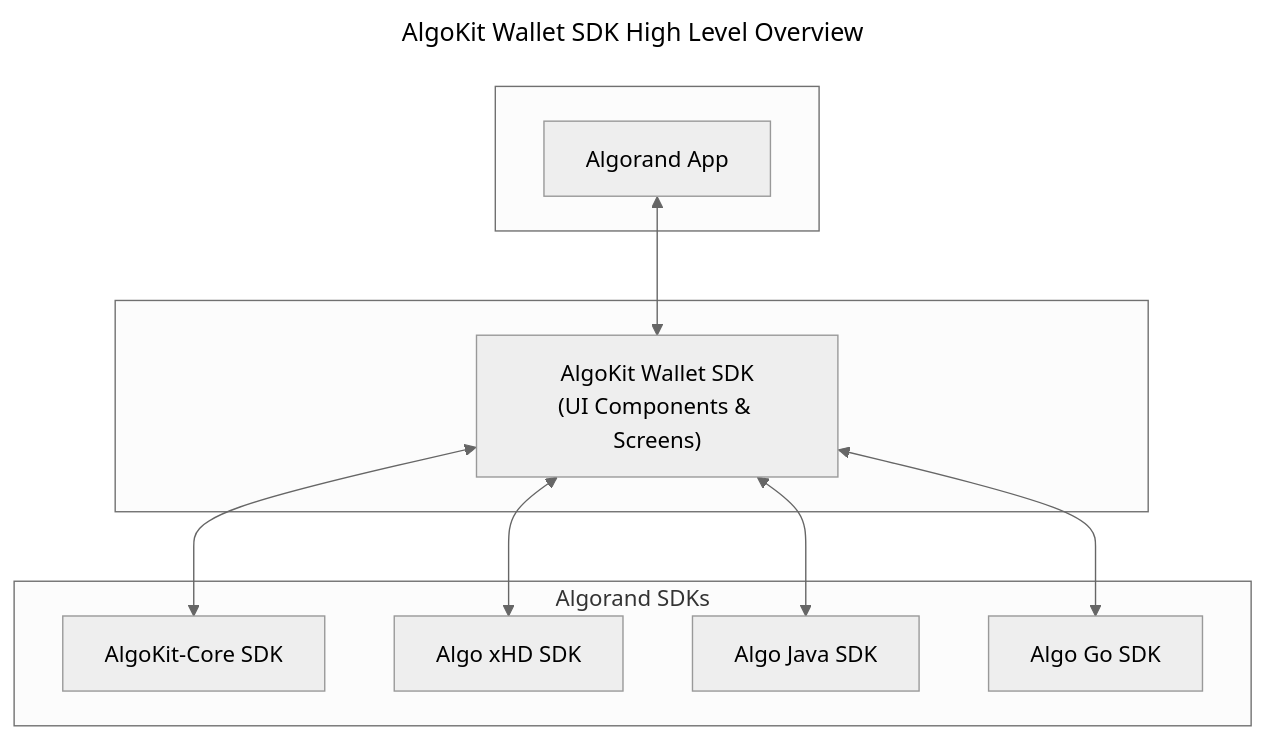
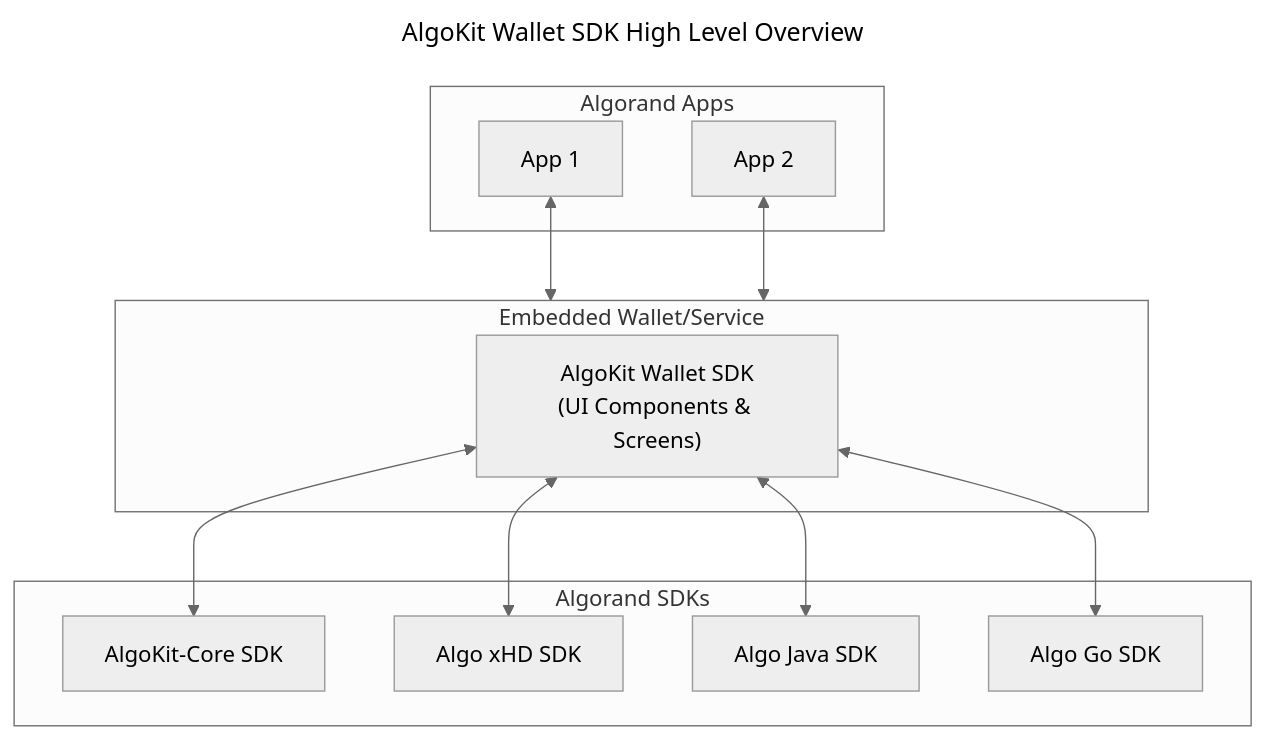
The first of 2 diagrams in README.md (michaeltchuang/algokit-walletsdk-kmp), drawn with Mermaid (neutral theme) before and after one commit. The commit also changed other lines of this file, not shown here.

Commit message:
docs: update docs (#47)

````diff
--- a/README.md
+++ b/README.md
@@ -7,26 +7,28 @@
 ```mermaid
 ---
 title: AlgoKit Wallet SDK High Level Overview
 ---
 graph TD
-    subgraph " "
-        App["Algorand App"]
+    subgraph "Algorand Apps"
+        App1["App 1"]
+        App2["App 2"]
     end
 
-    subgraph " "
+    subgraph wallet["Embedded Wallet/Service"]
         SDK["AlgoKit Wallet SDK<br/>(UI Components & Screens)"]
     end
 
     subgraph "Algorand SDKs"
         Core["AlgoKit-Core SDK"]
         xHD["Algo xHD SDK"]
         JavaSDK["Algo Java SDK"]
         GoSDK["Algo Go SDK"]
     end
 
-    App <--> SDK
+    App1 <--> wallet
+    App2 <--> wallet
     SDK <--> Core
     SDK <--> xHD
     SDK <--> JavaSDK
     SDK <--> GoSDK
 ```
````
